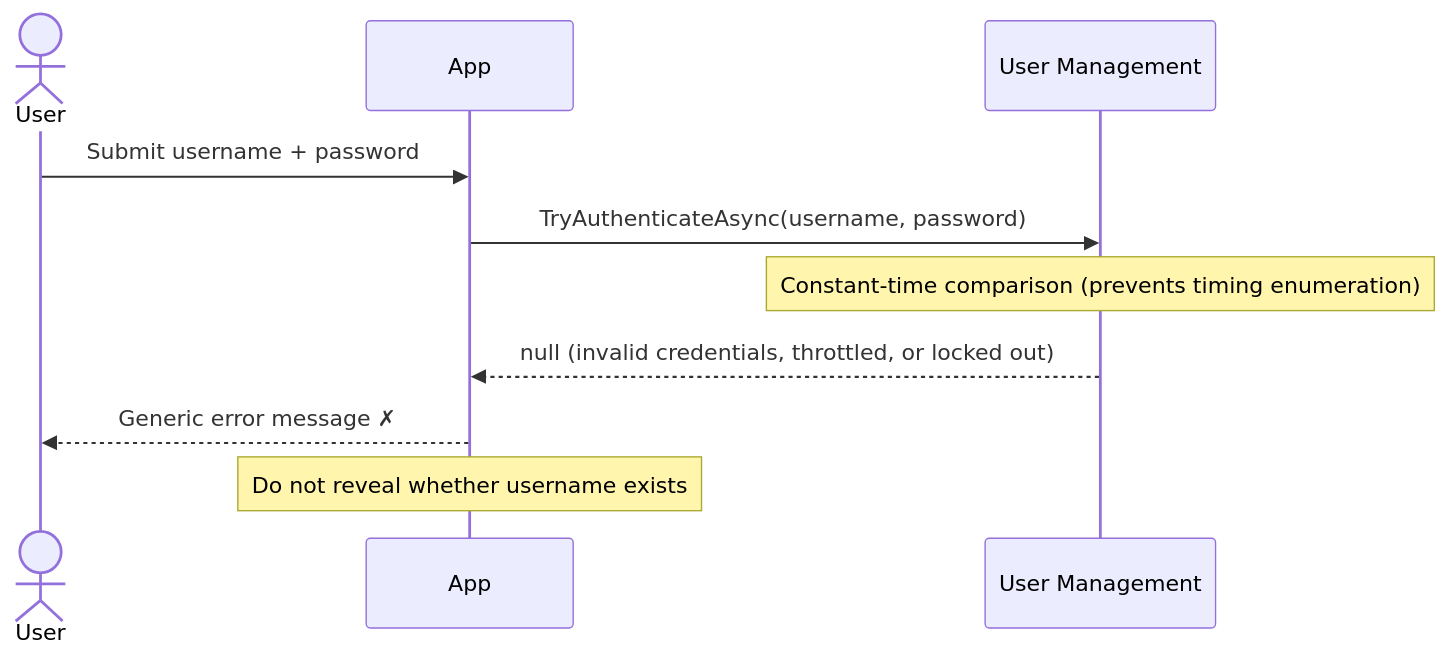
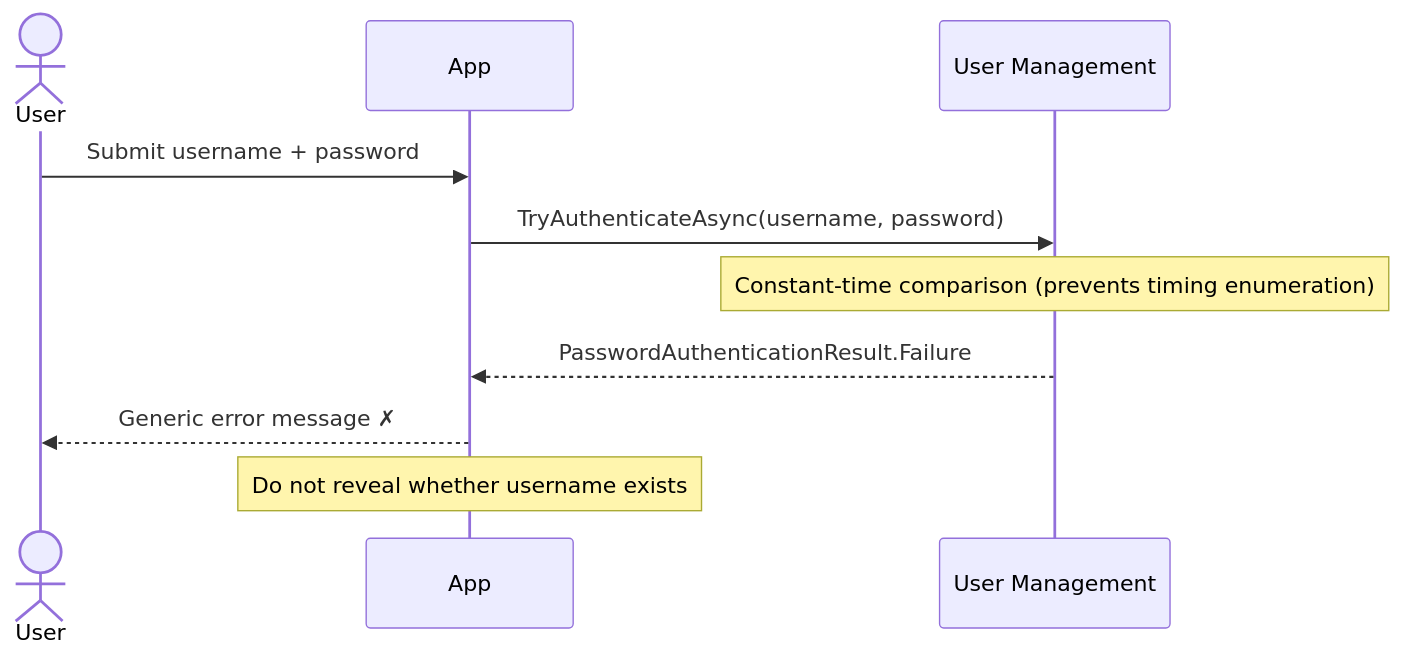
The second of 2 diagrams in astro/src/content/docs/usermanagement/authentication/passwords.mdx (DuendeSoftware/docs.duendesoftware.com), drawn with Mermaid before and after one commit. The commit also changed other lines of this file and 12 other files, not shown here.

````diff
--- a/astro/src/content/docs/usermanagement/authentication/passwords.mdx
+++ b/astro/src/content/docs/usermanagement/authentication/passwords.mdx
@@ -260,13 +260,13 @@
 ```mermaid
 sequenceDiagram
     actor User
     participant App
     participant UserManagement as User Management
 
     User->>App: Submit username + password
     App->>UserManagement: TryAuthenticateAsync(username, password)
     Note over UserManagement: Constant-time comparison (prevents timing enumeration)
-    UserManagement-->>App: null (invalid credentials, throttled, or locked out)
+    UserManagement-->>App: PasswordAuthenticationResult.Failure
     App-->>User: Generic error message ✗
     Note over App: Do not reveal whether username exists
 ```
````
